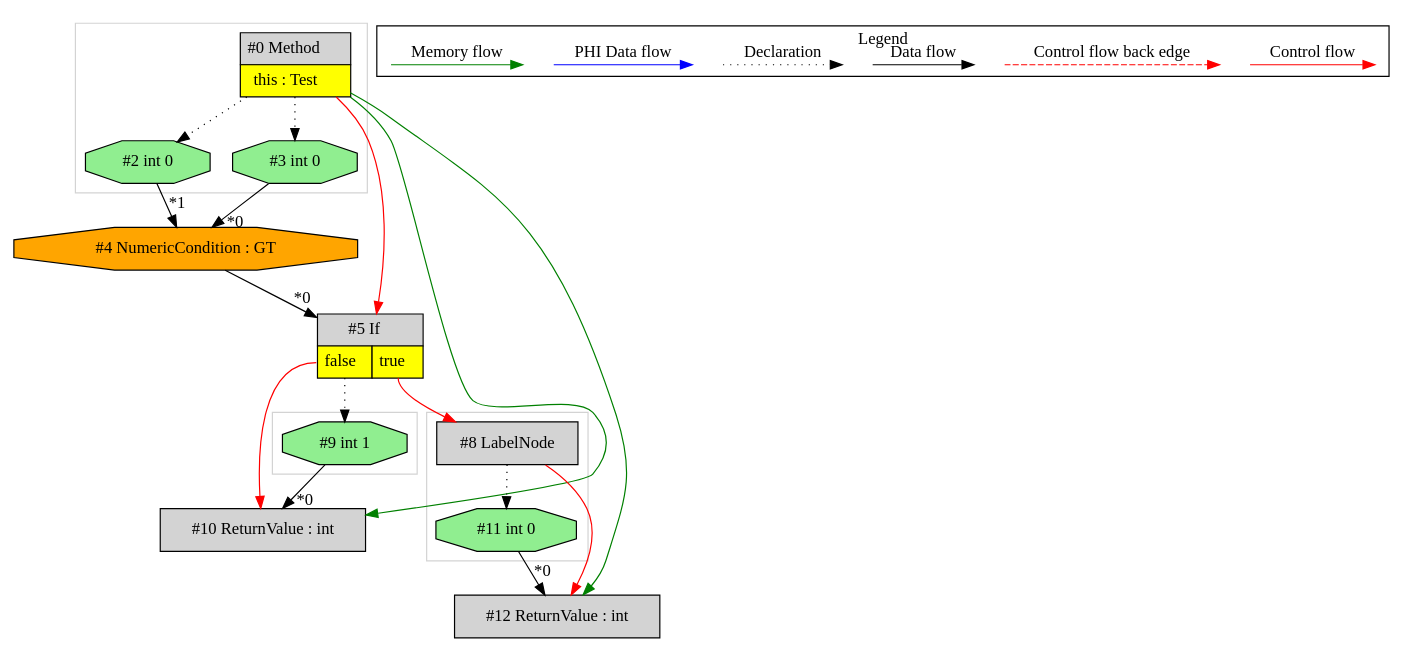
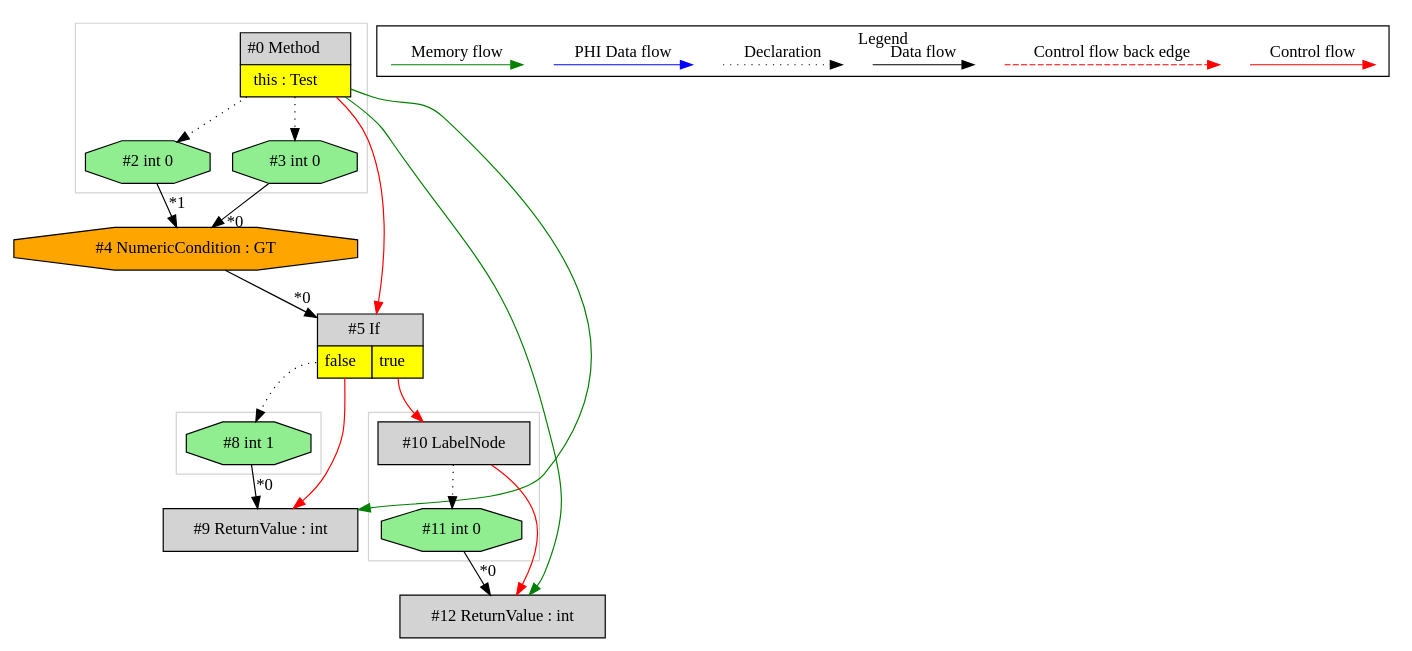
Before and after one commit to mirkosertic/MetaIR: the diagram in de.mirkosertic.metair.ir.OpcodeIFICMPGTTest/test_IF_ICMPGT/ir.dot, drawn with Graphviz. The commit also changed 1206 other files, not shown here.

```diff
--- a/de.mirkosertic.metair.ir.OpcodeIFICMPGTTest/test_IF_ICMPGT/ir.dot
+++ b/de.mirkosertic.metair.ir.OpcodeIFICMPGTTest/test_IF_ICMPGT/ir.dot
@@ -1,69 +1,69 @@
 digraph {
  ordering="in";
  node0[margin="0", label=<<table border="0" cellborder="1" cellspacing="0" cellpadding="5"><tr><td colspan="1">#0 Method</td></tr><tr><td port="prj1" bgcolor="yellow">this : Test</td></tr></table>>,shape=none, fillcolor=lightgrey, style=filled];
- node5[margin="0", label=<<table border="0" cellborder="1" cellspacing="0" cellpadding="5"><tr><td colspan="2">#5 If</td></tr><tr><td port="prj7" bgcolor="yellow">false</td><td port="prj6" bgcolor="yellow">true</td></tr></table>>,shape=none, fillcolor=lightgrey, style=filled];
- node4 -> node5[headlabel="*0", labeldistance=2];
- node0 -> node5[labeldistance=2, color=red, fontcolor=red];
+ node3[label="#3 int 0",shape=octagon, fillcolor=lightgreen, style=filled];
+ node0 -> node3[style=dotted];
  node4[label="#4 NumericCondition : GT",shape=octagon, fillcolor=orange, style=filled];
  node3 -> node4[headlabel="*0", labeldistance=2];
  node2 -> node4[headlabel="*1", labeldistance=2];
  node2[label="#2 int 0",shape=octagon, fillcolor=lightgreen, style=filled];
  node0 -> node2[style=dotted];
- node3[label="#3 int 0",shape=octagon, fillcolor=lightgreen, style=filled];
- node0 -> node3[style=dotted];
- node9[label="#9 int 1",shape=octagon, fillcolor=lightgreen, style=filled];
- node5:prj7 -> node9[style=dotted];
- node10[label="#10 ReturnValue : int",shape=box, fillcolor=lightgrey, style=filled];
- node9 -> node10[headlabel="*0", labeldistance=2];
+ node5[margin="0", label=<<table border="0" cellborder="1" cellspacing="0" cellpadding="5"><tr><td colspan="2">#5 If</td></tr><tr><td port="prj6" bgcolor="yellow">false</td><td port="prj7" bgcolor="yellow">true</td></tr></table>>,shape=none, fillcolor=lightgrey, style=filled];
+ node4 -> node5[headlabel="*0", labeldistance=2];
+ node0 -> node5[labeldistance=2, color=red, fontcolor=red];
+ node10[label="#10 LabelNode",shape=box, fillcolor=lightgrey, style=filled];
  node5:prj7 -> node10[labeldistance=2, color=red, fontcolor=red];
- node0 -> node10[labeldistance=2, color=green, constraint=false];
- node8[label="#8 LabelNode",shape=box, fillcolor=lightgrey, style=filled];
- node5:prj6 -> node8[labeldistance=2, color=red, fontcolor=red];
  node11[label="#11 int 0",shape=octagon, fillcolor=lightgreen, style=filled];
- node8 -> node11[style=dotted];
+ node10 -> node11[style=dotted];
  node12[label="#12 ReturnValue : int",shape=box, fillcolor=lightgrey, style=filled];
  node11 -> node12[headlabel="*0", labeldistance=2];
- node8 -> node12[labeldistance=2, color=red, fontcolor=red];
+ node10 -> node12[labeldistance=2, color=red, fontcolor=red];
  node0 -> node12[labeldistance=2, color=green, constraint=false];
+ node8[label="#8 int 1",shape=octagon, fillcolor=lightgreen, style=filled];
+ node5:prj6 -> node8[style=dotted];
+ node9[label="#9 ReturnValue : int",shape=box, fillcolor=lightgrey, style=filled];
+ node8 -> node9[headlabel="*0", labeldistance=2];
+ node5:prj6 -> node9[labeldistance=2, color=red, fontcolor=red];
+ node0 -> node9[labeldistance=2, color=green, constraint=false];
  subgraph cluster_0 {
   color=lightgray;
-  node8;
+  node10;
   node11;
  }
  subgraph cluster_1 {
   color=lightgray;
   node0;
   node2;
   node3;
  }
  subgraph cluster_2 {
   color=lightgray;
-  node9;
+  node8;
  }
  subgraph cluster_000 {
   label = "Legend";
   node [shape=point]
   {
    rank=same;
    c0 [style = invis];
    c1 [style = invis];
    c2 [style = invis];
    c3 [style = invis];
    d0 [style = invis];
    d1 [style = invis];
    d2 [style = invis];
    d3 [style = invis];
    d4 [style = invis];
    d5 [style = invis];
    d6 [style = invis];
    d7 [style = invis];
   }
   c0 -> c1 [label="Control flow", style=solid, color=red]
   c2 -> c3 [label="Control flow back edge", style=dashed, color=red]
   d0 -> d1 [label="Data flow"]
   d2 -> d3 [label="Declaration", style=dotted]
   d4 -> d5 [label="PHI Data flow", color=blue]
   d6 -> d7 [label="Memory flow", color=green]
  }
 
 }
```
